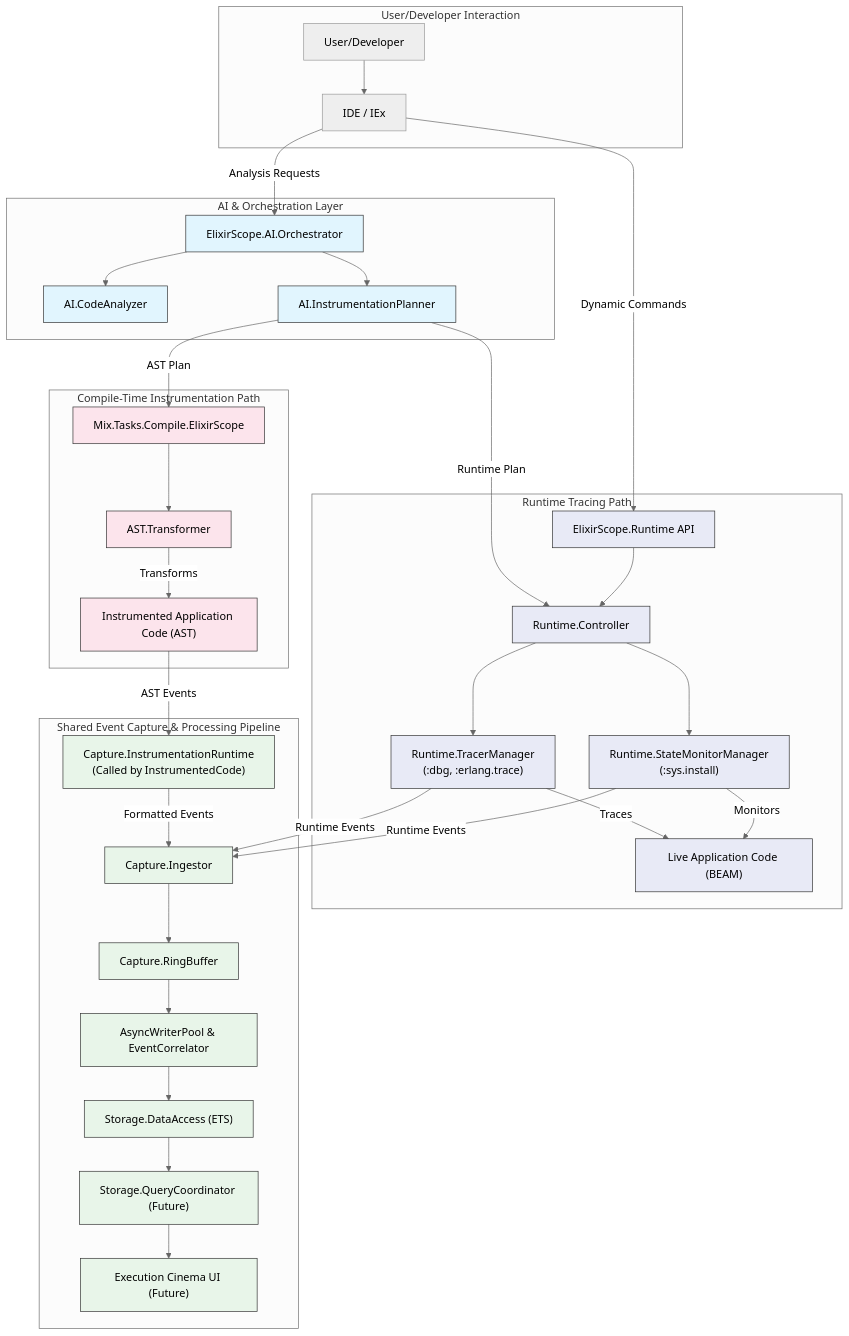
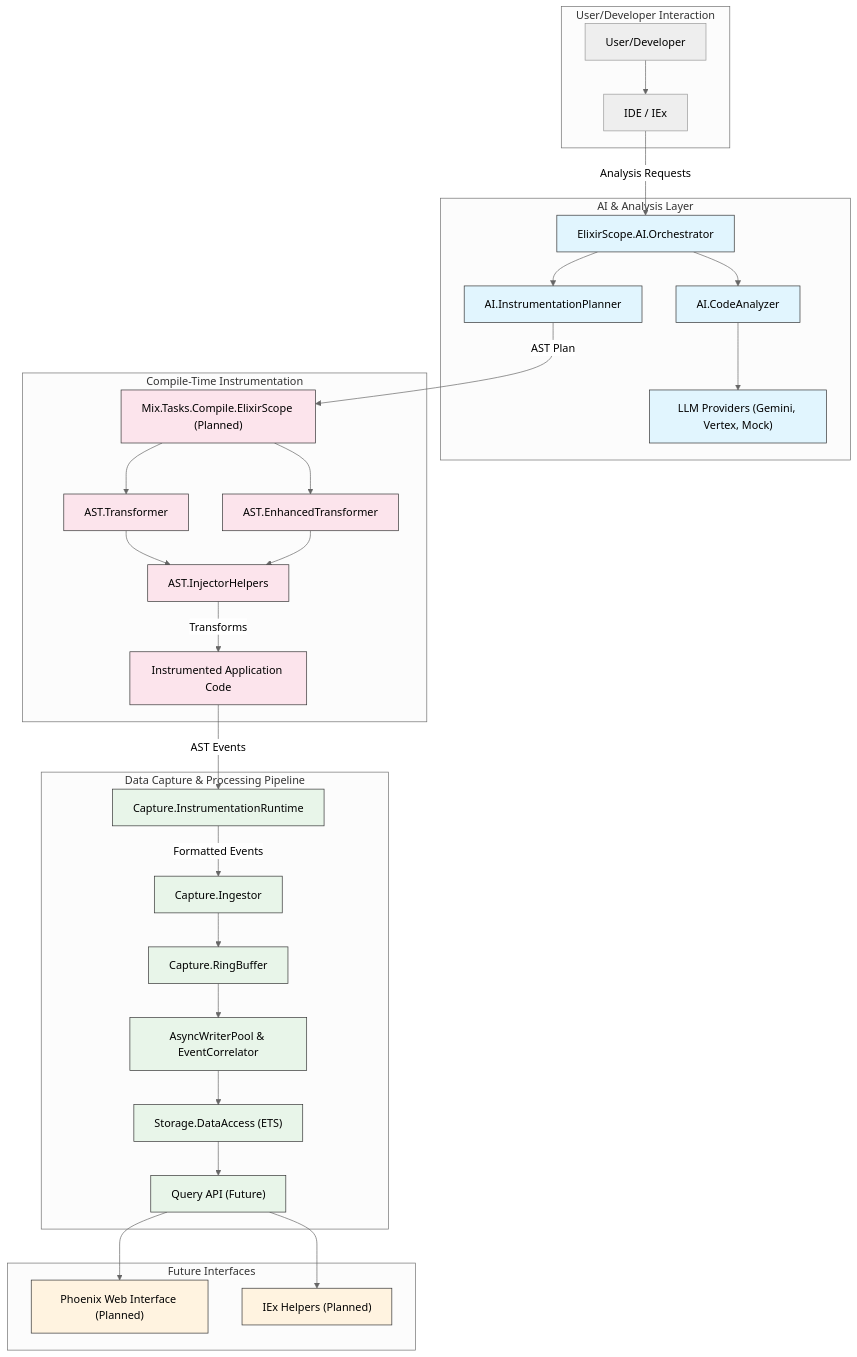
Before and after one commit to nshkrdotcom/ElixirScope: the diagram in README.md, drawn with Mermaid (neutral theme). The commit also changed other lines of this file and 16 other files, not shown here.

````diff
--- a/README.md
+++ b/README.md
@@ -50,75 +49,70 @@
 ```mermaid
 graph TD
     subgraph "User/Developer Interaction"
         User["User/Developer"]
         IDE["IDE / IEx"]
     end
 
-    subgraph "AI & Orchestration Layer"
+    subgraph "AI & Analysis Layer"
         Orchestrator["ElixirScope.AI.Orchestrator"]
         CodeAnalyzer["AI.CodeAnalyzer"]
         InstrumentationPlanner["AI.InstrumentationPlanner"]
+        LLMProviders["LLM Providers (Gemini, Vertex, Mock)"]
 
         Orchestrator --> CodeAnalyzer
         Orchestrator --> InstrumentationPlanner
+        CodeAnalyzer --> LLMProviders
     end
 
-    subgraph "Compile-Time Instrumentation Path"
-        MixTask["Mix.Tasks.Compile.ElixirScope"]
+    subgraph "Compile-Time Instrumentation"
+        MixTask["Mix.Tasks.Compile.ElixirScope (Planned)"]
         ASTTransformer["AST.Transformer"]
-        InstrumentedCode["Instrumented Application Code (AST)"]
+        EnhancedTransformer["AST.EnhancedTransformer"]
+        InjectorHelpers["AST.InjectorHelpers"]
+        InstrumentedCode["Instrumented Application Code"]
 
         InstrumentationPlanner -- "AST Plan" --> MixTask
         MixTask --> ASTTransformer
-        ASTTransformer -- "Transforms" --> InstrumentedCode
+        MixTask --> EnhancedTransformer
+        ASTTransformer --> InjectorHelpers
+        EnhancedTransformer --> InjectorHelpers
+        InjectorHelpers -- "Transforms" --> InstrumentedCode
     end
 
-    subgraph "Runtime Tracing Path"
-        RuntimeAPI["ElixirScope.Runtime API"]
-        RuntimeController["Runtime.Controller"]
-        TracerManager["Runtime.TracerManager<br>(:dbg, :erlang.trace)"]
-        StateMonitorManager["Runtime.StateMonitorManager<br>(:sys.install)"]
-        LiveApp["Live Application Code (BEAM)"]
-
-        InstrumentationPlanner -- "Runtime Plan" --> RuntimeController
-        IDE -- "Dynamic Commands" --> RuntimeAPI
-        RuntimeAPI --> RuntimeController
-        RuntimeController --> TracerManager
-        RuntimeController --> StateMonitorManager
-        TracerManager -- "Traces" --> LiveApp
-        StateMonitorManager -- "Monitors" --> LiveApp
-    end
-
-    subgraph "Shared Event Capture & Processing Pipeline"
-        CaptureRuntime["Capture.InstrumentationRuntime<br>(Called by InstrumentedCode)"]
+    subgraph "Data Capture & Processing Pipeline"
+        CaptureRuntime["Capture.InstrumentationRuntime"]
         Ingestor["Capture.Ingestor"]
         RingBuffer["Capture.RingBuffer"]
         AsyncProcessing["AsyncWriterPool & EventCorrelator"]
         Storage["Storage.DataAccess (ETS)"]
-        QueryCoordinator["Storage.QueryCoordinator (Future)"]
-        CinemaUI["Execution Cinema UI (Future)"]
+        QueryAPI["Query API (Future)"]
 
         InstrumentedCode -- "AST Events" --> CaptureRuntime
         CaptureRuntime -- "Formatted Events" --> Ingestor
-        TracerManager -- "Runtime Events" --> Ingestor
-        StateMonitorManager -- "Runtime Events" --> Ingestor
         Ingestor --> RingBuffer
         RingBuffer --> AsyncProcessing
         AsyncProcessing --> Storage
-        Storage --> QueryCoordinator
-        QueryCoordinator --> CinemaUI
+        Storage --> QueryAPI
+    end
+
+    subgraph "Future Interfaces"
+        PhoenixUI["Phoenix Web Interface (Planned)"]
+        IExHelpers["IEx Helpers (Planned)"]
+        
+        QueryAPI --> PhoenixUI
+        QueryAPI --> IExHelpers
     end
 
     User --> IDE
     IDE -- "Analysis Requests" --> Orchestrator
 
     classDef ai fill:#e1f5fe,stroke:#333,color:#000
     classDef compile_time fill:#fce4ec,stroke:#333,color:#000
-    classDef runtime fill:#e8eaf6,stroke:#333,color:#000
-    classDef shared_pipeline fill:#e8f5e9,stroke:#333,color:#000
+    classDef pipeline fill:#e8f5e9,stroke:#333,color:#000
+    classDef future fill:#fff3e0,stroke:#333,color:#000
 
-    class Orchestrator,CodeAnalyzer,InstrumentationPlanner ai;
-    class MixTask,ASTTransformer,InstrumentedCode compile_time;
-    class RuntimeAPI,RuntimeController,TracerManager,StateMonitorManager,LiveApp runtime;
-    class CaptureRuntime,Ingestor,RingBuffer,AsyncProcessing,Storage,QueryCoordinator,CinemaUI shared_pipeline;
+    class Orchestrator,CodeAnalyzer,InstrumentationPlanner,LLMProviders ai;
+    class MixTask,ASTTransformer,EnhancedTransformer,InjectorHelpers,InstrumentedCode compile_time;
+    class CaptureRuntime,Ingestor,RingBuffer,AsyncProcessing,Storage,QueryAPI pipeline;
+    class PhoenixUI,IExHelpers future;
 ```
````
